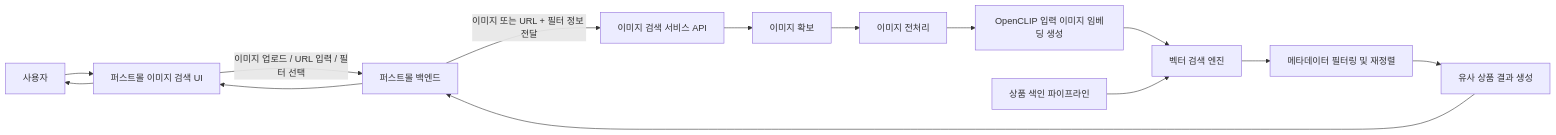
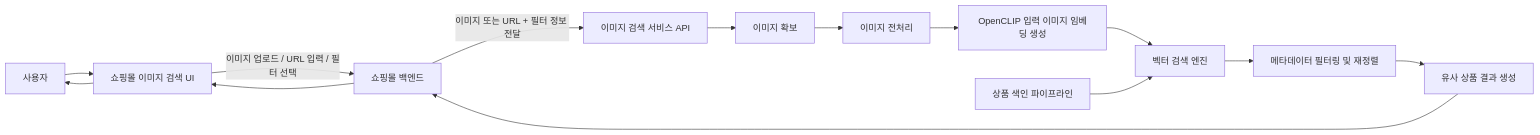
Before and after one commit to cincin00/playground-CLIP: the first of 7 diagrams in README.md, drawn with Mermaid. The commit also changed other lines of this file, not shown here.

Commit message:
README.md 파일 업데이트: 퍼스트몰 관련 용어를 쇼핑몰로 변경

````diff
--- a/README.md
+++ b/README.md
@@ -71,21 +71,21 @@
 ```mermaid
 flowchart LR
-    U[사용자] --> UI[퍼스트몰 이미지 검색 UI]
+    U[사용자] --> UI[쇼핑몰 이미지 검색 UI]
 
-    UI -->|이미지 업로드 / URL 입력 / 필터 선택| ABE[퍼스트몰 백엔드]
+    UI -->|이미지 업로드 / URL 입력 / 필터 선택| ABE[쇼핑몰 백엔드]
     ABE -->|이미지 또는 URL + 필터 정보 전달| BAPI[이미지 검색 서비스 API]
 
     BAPI --> IMG[이미지 확보]
     IMG --> PRE[이미지 전처리]
     PRE --> QEMB[OpenCLIP 입력 이미지 임베딩 생성]
 
     QEMB --> VSEARCH[벡터 검색 엔진]
     VSEARCH --> RERANK[메타데이터 필터링 및 재정렬]
     RERANK --> RES[유사 상품 결과 생성]
 
     RES --> ABE
     ABE --> UI
     UI --> U
 
     IDX[상품 색인 파이프라인] --> VSEARCH
 ```
````
